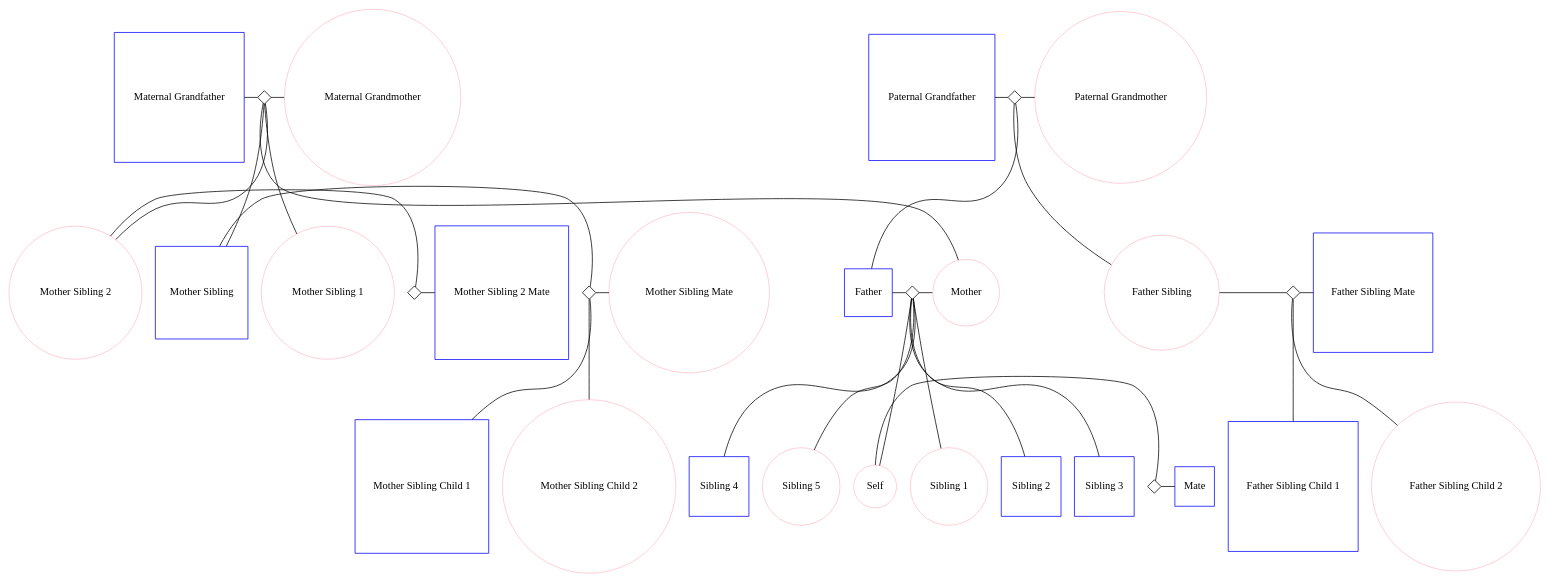
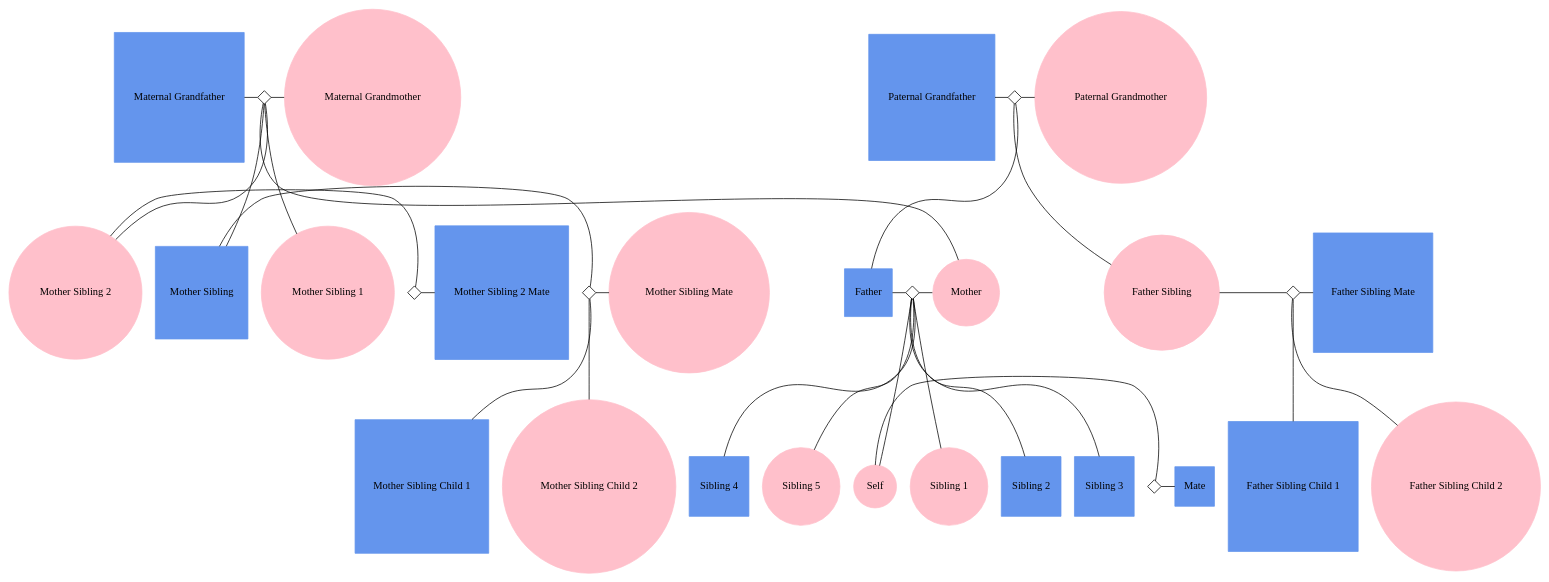
Before and after one commit to phewing/teamM_L: the diagram in F16.gv, drawn with Graphviz. The commit also changed 4 other files, not shown here.

```diff
--- a/F16.gv
+++ b/F16.gv
@@ -1,76 +1,77 @@
 graph f16 {
-	"Self"                   [shape=oval, regular=1, color="pink"] ;
-	"Mate"                   [shape=box,  regular=1, color="blue"] ;
-	"Sibling 1"              [shape=oval, regular=1, color="pink"] ;
-	"Sibling 2"              [shape=box,  regular=1, color="blue"] ;
-	"Sibling 3"              [shape=box,  regular=1, color="blue"] ;
-	"Sibling 4"              [shape=box,  regular=1, color="blue"] ;
-	"Sibling 5"              [shape=oval, regular=1, color="pink"] ;
-	"Father"                 [shape=box,  regular=1, color="blue"] ;
-	"Father Sibling"         [shape=oval, regular=1, color="pink"] ;
-	"Father Sibling Mate"    [shape=box,  regular=1, color="blue"] ;
-	"Father Sibling Child 1" [shape=box,  regular=1, color="blue"] ;
-	"Father Sibling Child 2" [shape=oval, regular=1, color="pink"] ;
-	"Paternal Grandmother"   [shape=oval, regular=1, color="pink"] ;
-	"Paternal Grandfather"   [shape=box,  regular=1, color="blue"] ;
-	"Mother"                 [shape=oval, regular=1, color="pink"] ;
-	"Mother Sibling 1"       [shape=oval, regular=1, color="pink"] ;
-	"Mother Sibling 2"       [shape=oval, regular=1, color="pink"] ;
-	"Mother Sibling 2 Mate"  [shape=box,  regular=1, color="blue"] ;
-	"Mother Sibling"         [shape=box,  regular=1, color="blue"] ;
-	"Mother Sibling Mate"    [shape=oval, regular=1, color="pink"] ;
-	"Mother Sibling Child 1" [shape=box,  regular=1, color="blue"] ;
-	"Mother Sibling Child 2" [shape=oval, regular=1, color="pink"] ;
-	"Maternal Grandmother"   [shape=oval, regular=1, color="pink"] ;
-	"Maternal Grandfather"   [shape=box,  regular=1, color="blue"] ;
+    
+	"Self"                   [shape=oval, style=filled, regular=1, color="pink"] ;
+	"Mate"                   [shape=box,  style=filled, regular=1, color="cornflowerblue"] ;
+	"Sibling 1"              [shape=oval, style=filled, regular=1, color="pink"] ;
+	"Sibling 2"              [shape=box,  style=filled, regular=1, color="cornflowerblue"] ;
+	"Sibling 3"              [shape=box,  style=filled, regular=1, color="cornflowerblue"] ;
+	"Sibling 4"              [shape=box,  style=filled, regular=1, color="cornflowerblue"] ;
+	"Sibling 5"              [shape=oval, style=filled, regular=1, color="pink"] ;
+	"Father"                 [shape=box,  style=filled, regular=1, color="cornflowerblue"] ;
+	"Father Sibling"         [shape=oval, style=filled, regular=1, color="pink"] ;
+	"Father Sibling Mate"    [shape=box,  style=filled, regular=1, color="cornflowerblue"] ;
+	"Father Sibling Child 1" [shape=box,  style=filled, regular=1, color="cornflowerblue"] ;
+	"Father Sibling Child 2" [shape=oval, style=filled, regular=1, color="pink"] ;
+	"Paternal Grandmother"   [shape=oval, style=filled, regular=1, color="pink"] ;
+	"Paternal Grandfather"   [shape=box,  style=filled, regular=1, color="cornflowerblue"] ;
+	"Mother"                 [shape=oval, style=filled, regular=1, color="pink"] ;
+	"Mother Sibling 1"       [shape=oval, style=filled, regular=1, color="pink"] ;
+	"Mother Sibling 2"       [shape=oval, style=filled, regular=1, color="pink"] ;
+	"Mother Sibling 2 Mate"  [shape=box,  style=filled, regular=1, color="cornflowerblue"] ;
+	"Mother Sibling"         [shape=box,  style=filled, regular=1, color="cornflowerblue"] ;
+	"Mother Sibling Mate"    [shape=oval, style=filled, regular=1, color="pink"] ;
+	"Mother Sibling Child 1" [shape=box,  style=filled, regular=1, color="cornflowerblue"] ;
+	"Mother Sibling Child 2" [shape=oval, style=filled, regular=1, color="pink"] ;
+	"Maternal Grandmother"   [shape=oval, style=filled, regular=1, color="pink"] ;
+	"Maternal Grandfather"   [shape=box,  style=filled, regular=1, color="cornflowerblue"] ;
 
 	"self+mate"         [shape=diamond,label="",height=0.25,width=0.25] ;
 	"father+mother"     [shape=diamond,label="",height=0.25,width=0.25] ;
     "pGFather+pGMother" [shape=diamond,label="",height=0.25,width=0.25] ;
 	"mGFather+mGMother" [shape=diamond,label="",height=0.25,width=0.25] ;
 
     "fSibling+fSiblingMate"   [shape=diamond,label="",height=0.25,width=0.25] ;
     "mSibling+mSiblingMate"   [shape=diamond,label="",height=0.25,width=0.25] ;
     "mSibling2+mSibling2Mate" [shape=diamond,label="",height=0.25,width=0.25] ;
 
     "Father" -- "father+mother" -- "Mother" ;
     "Self" -- "self+mate" -- "Mate" ;
     "Paternal Grandfather" -- "pGFather+pGMother" -- "Paternal Grandmother" ;
     "Maternal Grandfather" -- "mGFather+mGMother" -- "Maternal Grandmother" ;
 
     "father+mother" -- "Self" ;
     "father+mother" -- "Sibling 1" ;
     "father+mother" -- "Sibling 2" ;
     "father+mother" -- "Sibling 3" ;
     "father+mother" -- "Sibling 4" ;
     "father+mother" -- "Sibling 5" ;
 
     "pGFather+pGMother" -- "Father" ;
     "pGFather+pGMother" -- "Father Sibling" ;
 
     "Father Sibling" -- "fSibling+fSiblingMate" -- "Father Sibling Mate" ;
     "Mother Sibling" -- "mSibling+mSiblingMate" -- "Mother Sibling Mate" ;
     "Mother Sibling 2" -- "mSibling2+mSibling2Mate" -- "Mother Sibling 2 Mate";
 
     "mGFather+mGMother" -- "Mother" ;
     "mGFather+mGMother" -- "Mother Sibling" ;
     "mGFather+mGMother" -- "Mother Sibling 1" ;
     "mGFather+mGMother" -- "Mother Sibling 2" ;
 
     "fSibling+fSiblingMate" -- "Father Sibling Child 1" ;
     "fSibling+fSiblingMate" -- "Father Sibling Child 2" ;
 
     "mSibling+mSiblingMate" -- "Mother Sibling Child 1" ;
     "mSibling+mSiblingMate" -- "Mother Sibling Child 2" ;
 
     {rank=same; "Self" "self+mate" "Mate"}
     {rank=same; "Father" "father+mother" "Mother"}
     {rank=same; "Paternal Grandfather" "pGFather+pGMother" "Paternal Grandmother"}
     {rank=same; "Maternal Grandfather" "mGFather+mGMother" "Maternal Grandmother"}
     {rank=same; "Father Sibling" "fSibling+fSiblingMate" "Father Sibling Mate"}
     {rank=same; "Mother Sibling" "mSibling+mSiblingMate" "Mother Sibling Mate"}
     {rank=same; "Mother Sibling 2" "mSibling2+mSibling2Mate" "Mother Sibling 2 Mate"}
     {rank=same; "Father Sibling Child 1" "Father Sibling Child 2"}
     {rank=same; "Mother Sibling Child 1" "Mother Sibling Child 2"}
 
 }
```
